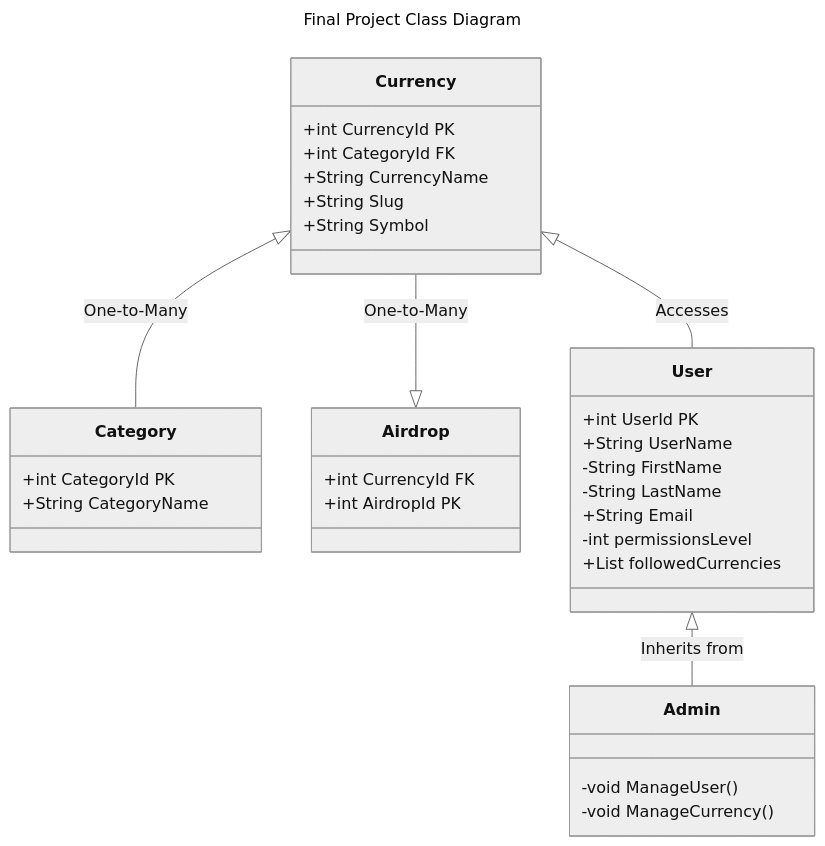
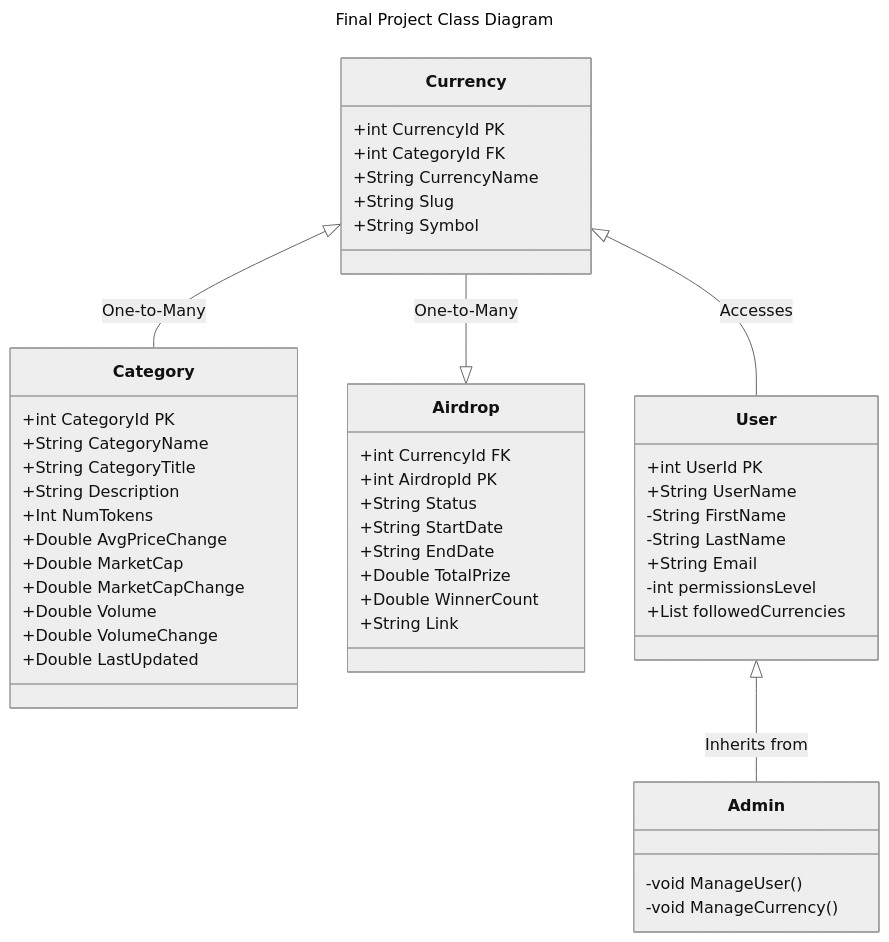
One commit to GrantRynders/ASPdemo changed the diagram in README.md. Above: the diagram before and after it, drawn with Mermaid (neutral theme). The commit also changed 2 other files, not shown here.

Commit message:
Updated README with more properties

````diff
--- a/README.md
+++ b/README.md
@@ -1,38 +1,53 @@
 ```mermaid
 ---
 title: Final Project Class Diagram
 ---
 classDiagram
     Currency <|-- Category : One-to-Many
     Currency --|> Airdrop : One-to-Many
     Currency <|-- User : Accesses
     User <|-- Admin : Inherits from
     class Currency{
         +int CurrencyId PK
         +int CategoryId FK
         +String CurrencyName
         +String Slug
         +String Symbol
     }
     class Category{
         +int CategoryId PK
         +String CategoryName
+        +String CategoryTitle
+        +String Description
+        +Int NumTokens
+        +Double AvgPriceChange
+        +Double MarketCap
+        +Double MarketCapChange
+        +Double Volume
+        +Double VolumeChange
+        +Double LastUpdated
     }
     class Airdrop{
         +int CurrencyId FK
         +int AirdropId PK
+        +String Status
+        +String StartDate
+        +String EndDate
+        +Double TotalPrize 
+        +Double WinnerCount
+        +String Link
     }
     class User{
         +int UserId PK
         +String UserName
         -String FirstName
         -String LastName
         +String Email
         -int permissionsLevel
         +List<Currency> followedCurrencies
     }
     class Admin{
         -void ManageUser()
         -void ManageCurrency()
     }
 ```
````
